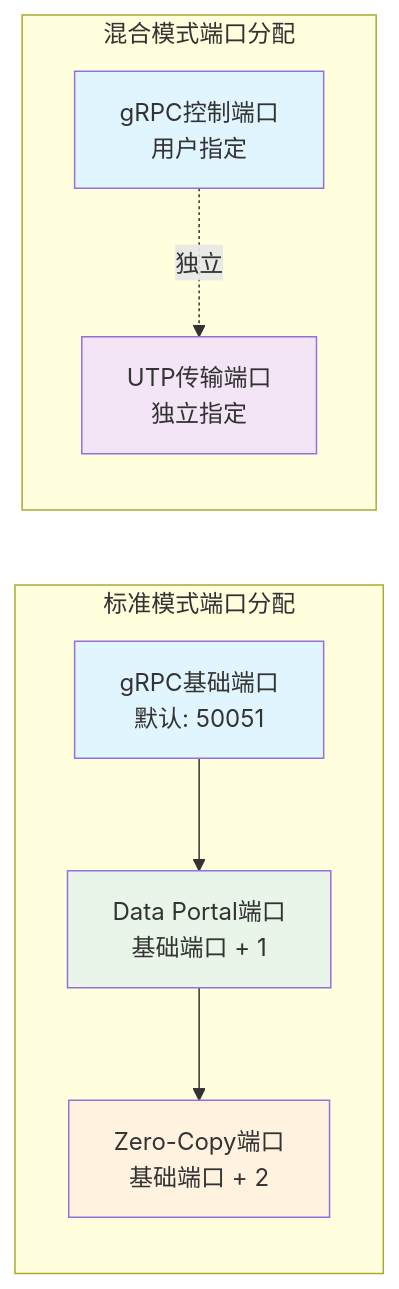
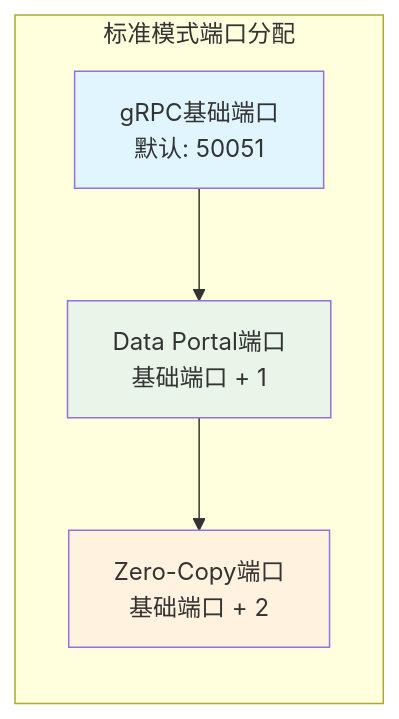
Before and after one commit to Gyangu/librorum: the sixth of 17 diagrams in docs/CORE_ARCHITECTURE.md, drawn with Mermaid. The commit also changed other lines of this file and 19 other files, not shown here.

````diff
--- a/docs/CORE_ARCHITECTURE.md
+++ b/docs/CORE_ARCHITECTURE.md
@@ -278,23 +251,15 @@
 ```mermaid
 graph LR
     subgraph "标准模式端口分配"
         A[gRPC基础端口<br/>默认: 50051]
         B[Data Portal端口<br/>基础端口 + 1]
         C[Zero-Copy端口<br/>基础端口 + 2]
     end
 
-    subgraph "混合模式端口分配"
-        D[gRPC控制端口<br/>用户指定]
-        E[UTP传输端口<br/>独立指定]
-    end
-
     A --> B
     B --> C
-    D -.独立.-> E
 
     style A fill:#e1f5fe
     style B fill:#e8f5e8
     style C fill:#fff3e0
-    style D fill:#e1f5fe
-    style E fill:#f3e5f5
 ```
````
